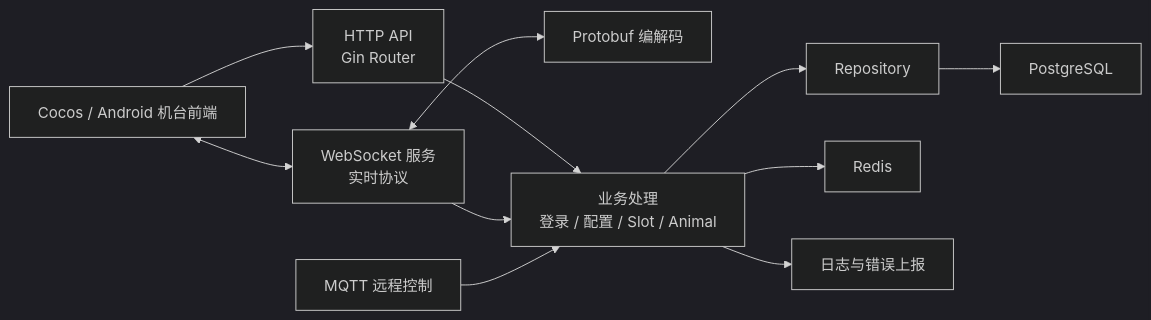
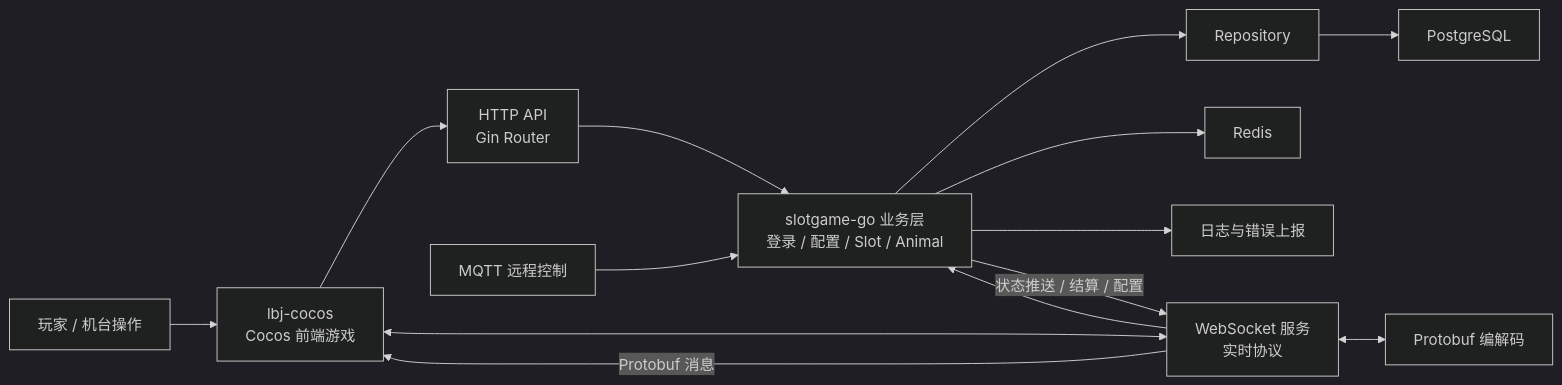
One commit to Cczp/slotgame-fullstack-showcase changed the first of 2 diagrams in README.md. Above: the diagram before and after it, drawn with Mermaid (dark theme). The commit also changed other lines of this file, not shown here.

Commit message:
Clarify paired Cocos frontend showcase

````diff
--- a/README.md
+++ b/README.md
@@ -49,24 +83,28 @@
 ```mermaid
 flowchart LR
-  Cocos["Cocos / Android 机台前端"]
+  Player["玩家 / 机台操作"]
+  Cocos["lbj-cocos\nCocos 前端游戏"]
   API["HTTP API\nGin Router"]
   WS["WebSocket 服务\n实时协议"]
   PB["Protobuf 编解码"]
   MQTT["MQTT 远程控制"]
-  Service["业务处理\n登录 / 配置 / Slot / Animal"]
+  Service["slotgame-go 业务层\n登录 / 配置 / Slot / Animal"]
   Repo["Repository"]
   DB["PostgreSQL"]
   Cache["Redis"]
   Log["日志与错误上报"]
 
+  Player --> Cocos
   Cocos --> API
   Cocos <--> WS
   WS <--> PB
   API --> Service
   WS --> Service
   MQTT --> Service
   Service --> Repo
   Repo --> DB
   Service --> Cache
   Service --> Log
+  Service -- "状态推送 / 结算 / 配置" --> WS
+  WS -- "Protobuf 消息" --> Cocos
 ```
````
